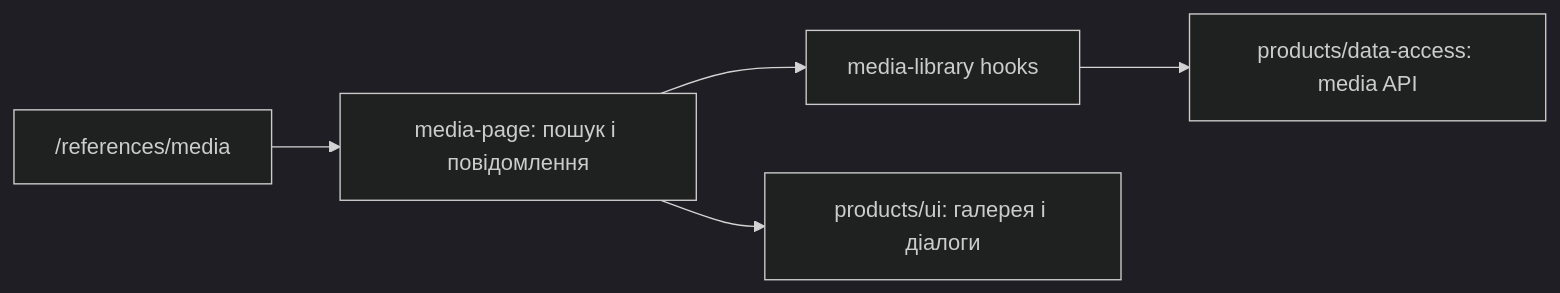
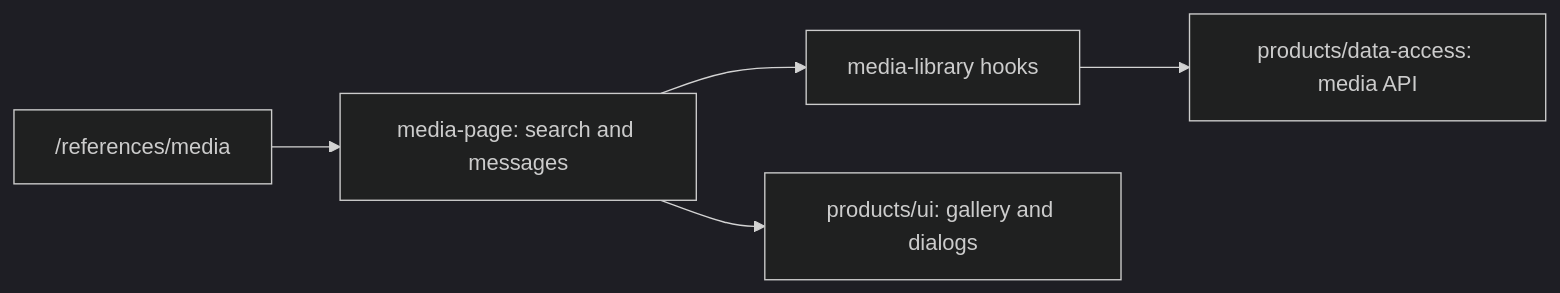
Before and after one commit to Weretik/brevi-web: the diagram in docs/features/admin/products/media.md, drawn with Mermaid (dark theme). The commit also changed other lines of this file and 52 other files, not shown here.

Commit message:
docs(frontend): reconcile architecture and feature guidance

````diff
--- a/docs/features/admin/products/media.md
+++ b/docs/features/admin/products/media.md
@@ -9,7 +13,7 @@
 ```mermaid
 flowchart LR
-  Route["/references/media"] --> Page["media-page: пошук і повідомлення"]
+  Route["/references/media"] --> Page["media-page: search and messages"]
   Page --> Hooks["media-library hooks"]
-  Page --> UI["products/ui: галерея і діалоги"]
+  Page --> UI["products/ui: gallery and dialogs"]
   Hooks --> Data["products/data-access: media API"]
 ```
````
